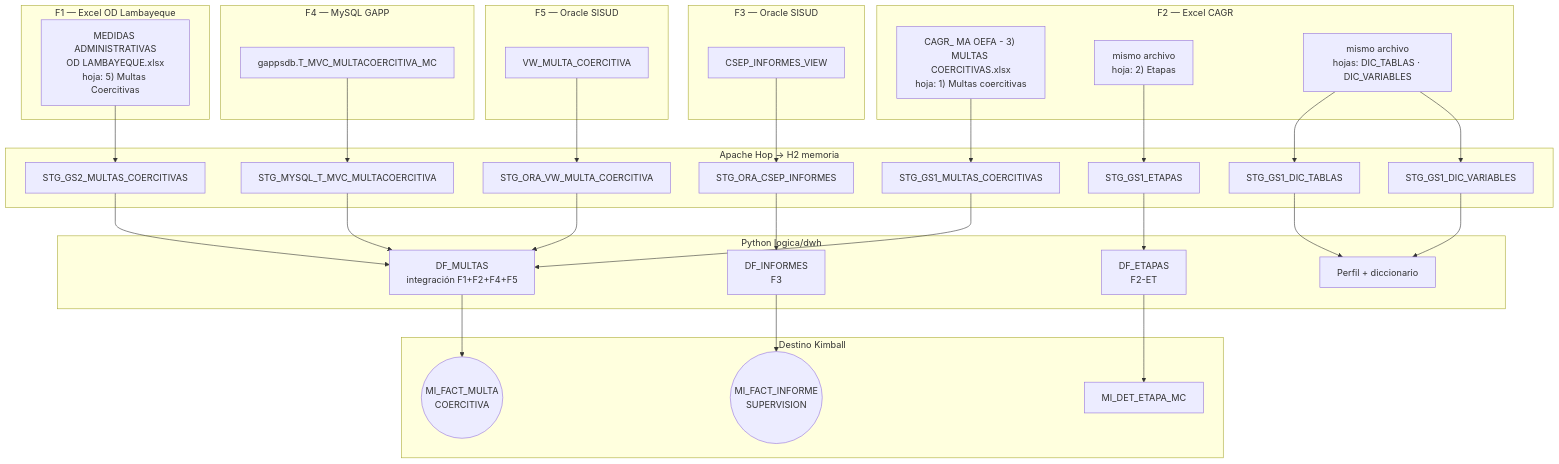
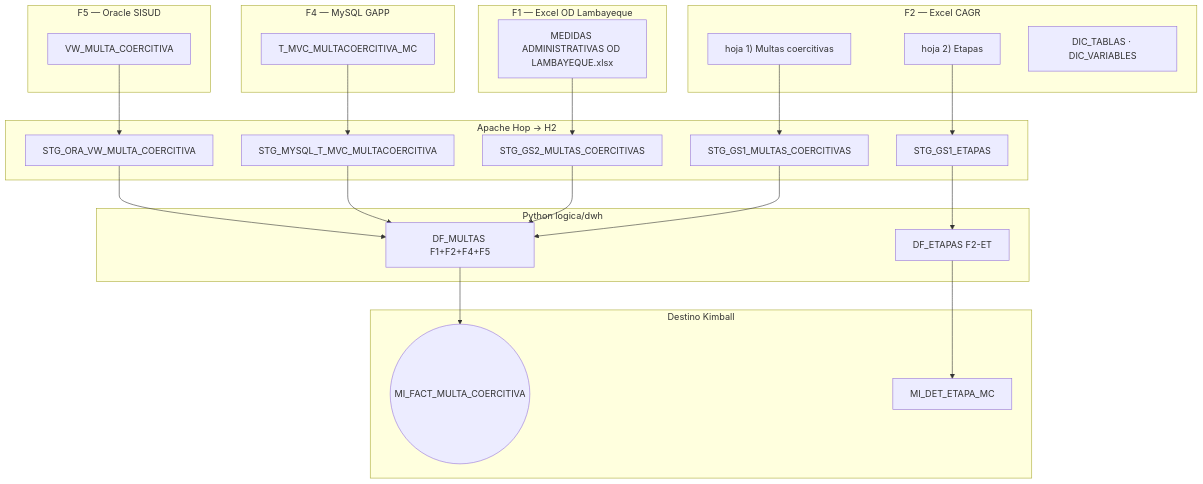
The first of 3 diagrams in docs/adjuntos/modelo-kimball.md (nwodevops/multa_informes_etl), drawn with Mermaid before and after one commit. The commit also changed other lines of this file and 51 other files, not shown here.

First line of the commit message:
feat(dw): drop F3 informes and keep a multa-only warehouse

````diff
--- a/docs/adjuntos/modelo-kimball.md
+++ b/docs/adjuntos/modelo-kimball.md
@@ -22,70 +16,39 @@
 ```mermaid
 flowchart TB
   subgraph F1 [F1 — Excel OD Lambayeque]
-    X1["MEDIDAS ADMINISTRATIVAS<br/>OD LAMBAYEQUE.xlsx<br/>hoja: 5) Multas Coercitivas"]
+    X1["MEDIDAS ADMINISTRATIVAS OD LAMBAYEQUE.xlsx"]
   end
-
   subgraph F2 [F2 — Excel CAGR]
-    X2M["CAGR_ MA OEFA - 3) MULTAS COERCITIVAS.xlsx<br/>hoja: 1) Multas coercitivas"]
-    X2E["mismo archivo<br/>hoja: 2) Etapas"]
-    X2D["mismo archivo<br/>hojas: DIC_TABLAS · DIC_VARIABLES"]
+    X2M["hoja 1) Multas coercitivas"]
+    X2E["hoja 2) Etapas"]
+    X2D["DIC_TABLAS · DIC_VARIABLES"]
   end
-
-  subgraph F3 [F3 — Oracle SISUD]
-    O3["CSEP_INFORMES_VIEW"]
+  subgraph F4 [F4 — MySQL GAPP]
+    M4["T_MVC_MULTACOERCITIVA_MC"]
   end
-
-  subgraph F4 [F4 — MySQL GAPP]
-    M4["gappsdb.T_MVC_MULTACOERCITIVA_MC"]
-  end
-
   subgraph F5 [F5 — Oracle SISUD]
     O5["VW_MULTA_COERCITIVA"]
   end
-
-  subgraph hop [Apache Hop → H2 memoria]
+  subgraph hop [Apache Hop → H2]
     S2["STG_GS2_MULTAS_COERCITIVAS"]
     S1["STG_GS1_MULTAS_COERCITIVAS"]
     SE["STG_GS1_ETAPAS"]
-    SD1["STG_GS1_DIC_TABLAS"]
-    SD2["STG_GS1_DIC_VARIABLES"]
-    SI["STG_ORA_CSEP_INFORMES"]
     SM["STG_MYSQL_T_MVC_MULTACOERCITIVA"]
     SV["STG_ORA_VW_MULTA_COERCITIVA"]
   end
-
   subgraph python [Python logica/dwh]
-    DF_M["DF_MULTAS<br/>integración F1+F2+F4+F5"]
-    DF_I["DF_INFORMES<br/>F3"]
-    DF_E["DF_ETAPAS<br/>F2-ET"]
-    PER["Perfil + diccionario"]
+    DF_M["DF_MULTAS F1+F2+F4+F5"]
+    DF_E["DF_ETAPAS F2-ET"]
   end
-
   subgraph destino [Destino Kimball]
-    FMC(("MI_FACT_MULTA<br/>COERCITIVA"))
-    FIN(("MI_FACT_INFORME<br/>SUPERVISION"))
+    FMC(("MI_FACT_MULTA_COERCITIVA"))
     DET["MI_DET_ETAPA_MC"]
   end
-
-  X1 --> S2
-  X2M --> S1
-  X2E --> SE
-  X2D --> SD1
-  X2D --> SD2
-  O3 --> SI
-  M4 --> SM
-  O5 --> SV
-
-  S2 --> DF_M
-  S1 --> DF_M
-  SM --> DF_M
-  SV --> DF_M
-  SI --> DF_I
-  SE --> DF_E
-  SD1 --> PER
-  SD2 --> PER
-
+  X1 --> S2 --> DF_M
+  X2M --> S1 --> DF_M
+  X2E --> SE --> DF_E
+  M4 --> SM --> DF_M
+  O5 --> SV --> DF_M
   DF_M --> FMC
-  DF_I --> FIN
   DF_E --> DET
 ```
````
